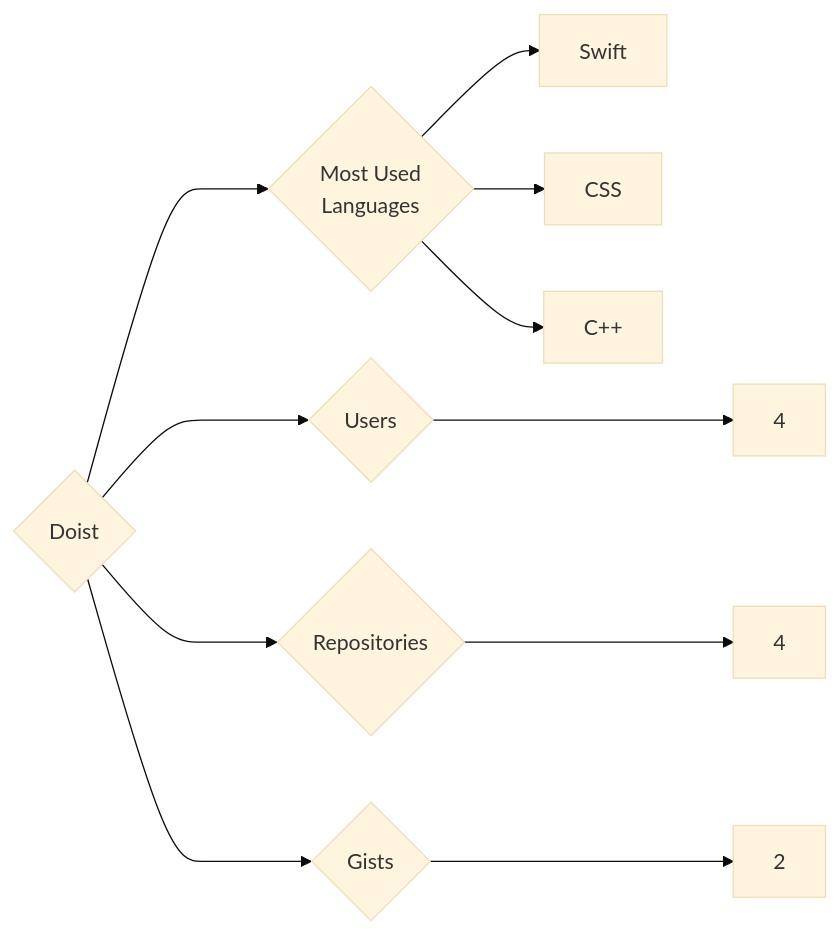
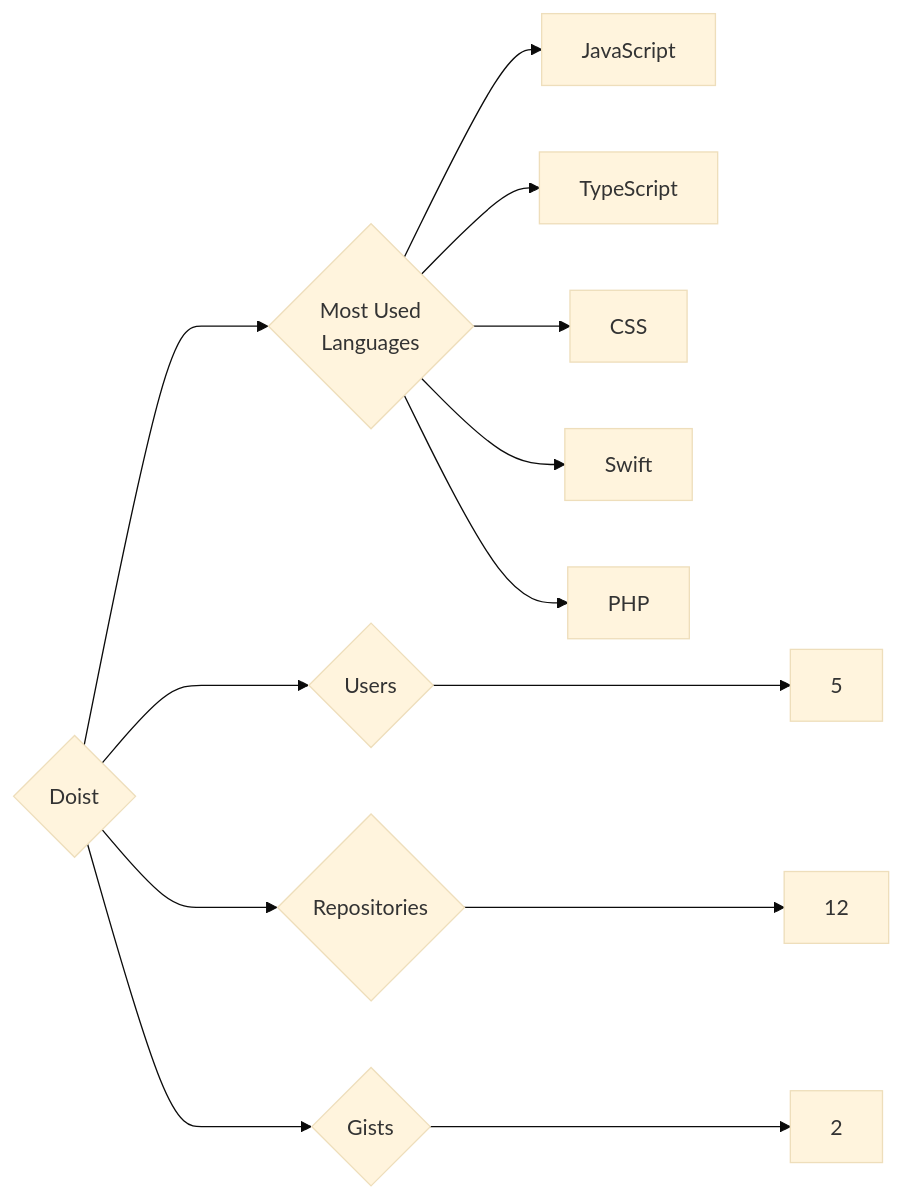
One commit to trickest/insiders changed the diagram in targets/Doist/README.md. Above: the diagram before and after it, drawn with Mermaid (base theme). The commit also changed 1036 other files, not shown here.

````diff
--- a/targets/Doist/README.md
+++ b/targets/Doist/README.md
@@ -3,11 +3,13 @@
 ```mermaid
 graph LR
 COMPANY_NAME{Doist}
-COMPANY_NAME ---> U{Users} ---> UN[4]
-COMPANY_NAME ---> R{Repositories} ---> RN[4]
+COMPANY_NAME ---> U{Users} ---> UN[5]
+COMPANY_NAME ---> R{Repositories} ---> RN[12]
 COMPANY_NAME ---> G{Gists} ---> GN[2]
 COMPANY_NAME ---> ML{Most Used<br>Languages}
+ML --> JavaScript[JavaScript]
+ML --> TypeScript[TypeScript]
+ML --> CSS[CSS]
 ML --> Swift[Swift]
-ML --> CSS[CSS]
-ML --> C++[C++]
+ML --> PHP[PHP]
 ```
````
